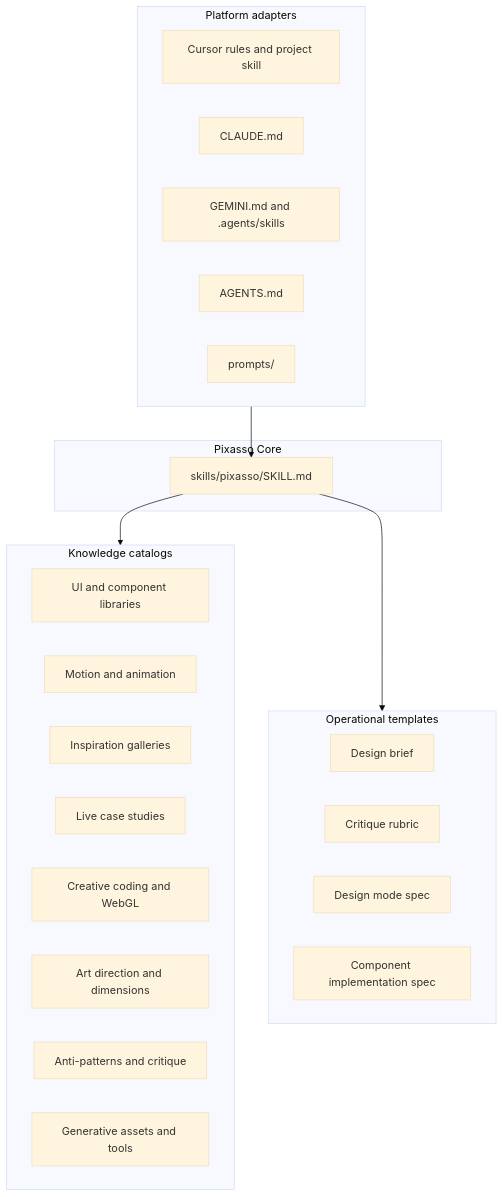
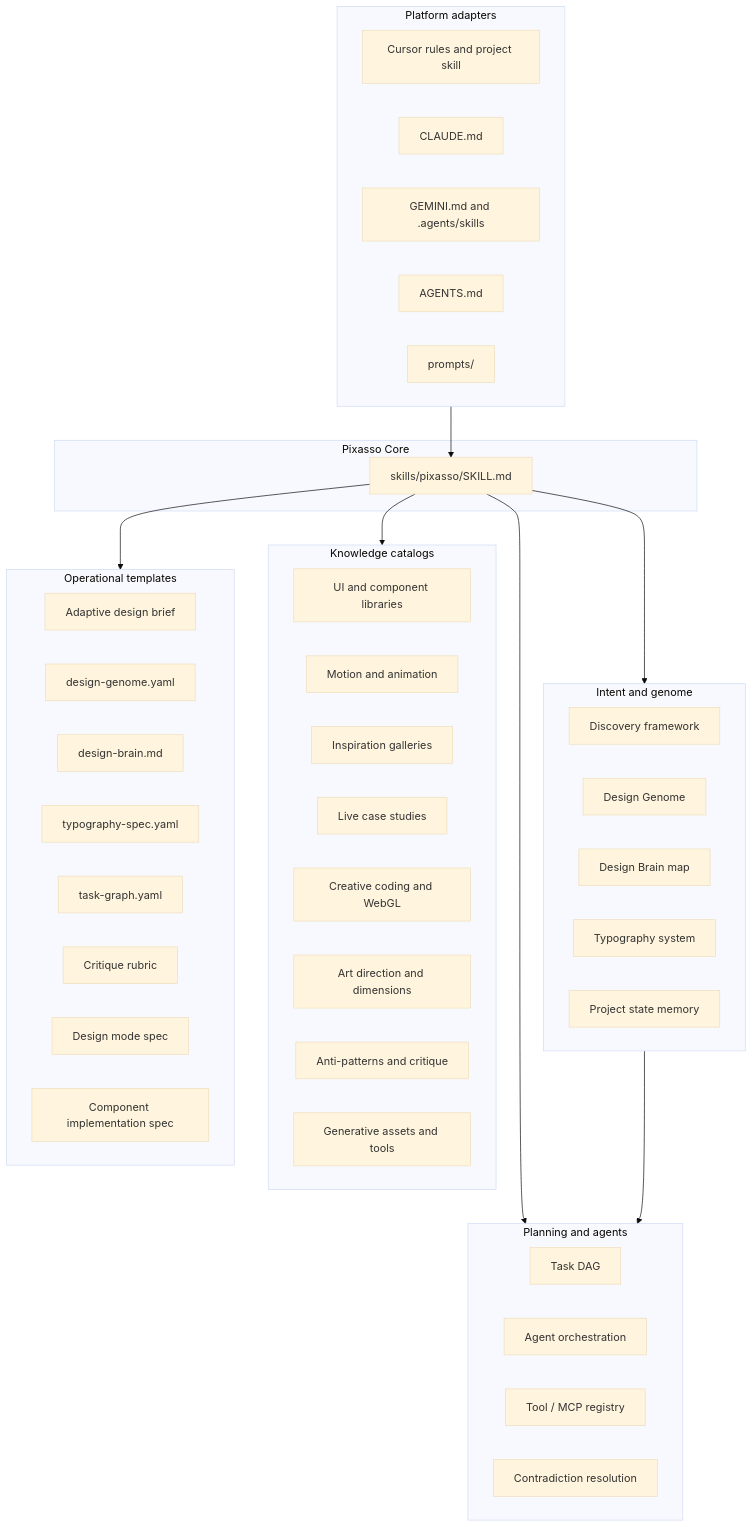
One commit to Erebuzzz/pixasso changed the first of 4 diagrams in README.md. Above: the diagram before and after it, drawn with Mermaid (base theme). The commit also changed other lines of this file and 105 other files, not shown here.

First line of the commit message:
Add intent discovery, Design Genome, Task DAG, and user-visible Design Brain.

````diff
--- a/README.md
+++ b/README.md
@@ -97,36 +99,58 @@
 ```mermaid
 flowchart TB
     subgraph Core ["Pixasso Core"]
         SKILL["skills/pixasso/SKILL.md"]
+    end
+
+    subgraph Intent ["Intent and genome"]
+        DISC["Discovery framework"]
+        GENOME["Design Genome"]
+        BRAIN["Design Brain map"]
+        TYPE["Typography system"]
+        MEM["Project state memory"]
+    end
+
+    subgraph Plan ["Planning and agents"]
+        DAG["Task DAG"]
+        ORCH["Agent orchestration"]
+        TOOLS["Tool / MCP registry"]
+        CONTR["Contradiction resolution"]
     end
 
     subgraph References ["Knowledge catalogs"]
         UI_REF["UI and component libraries"]
         MOTION_REF["Motion and animation"]
         GALLERY_REF["Inspiration galleries"]
         CASES_REF["Live case studies"]
         CREATIVE_REF["Creative coding and WebGL"]
         ART_REF["Art direction and dimensions"]
         ANTIPATTERN_REF["Anti-patterns and critique"]
         GEN_REF["Generative assets and tools"]
     end
 
     subgraph Templates ["Operational templates"]
-        BRIEF["Design brief"]
+        BRIEF["Adaptive design brief"]
+        GYAML["design-genome.yaml"]
+        BRAINMD["design-brain.md"]
+        TYAML["typography-spec.yaml"]
+        TG["task-graph.yaml"]
         CRITIQUE["Critique rubric"]
         MODE["Design mode spec"]
         COMP["Component implementation spec"]
     end
 
     subgraph Adapters ["Platform adapters"]
         CURSOR["Cursor rules and project skill"]
         CLAUDE["CLAUDE.md"]
         GEMINI["GEMINI.md and .agents/skills"]
         AGENTS["AGENTS.md"]
         PROMPTS["prompts/"]
     end
 
+    SKILL --> Intent
+    SKILL --> Plan
     SKILL --> References
     SKILL --> Templates
     Adapters --> SKILL
+    Intent --> Plan
 ```
````
